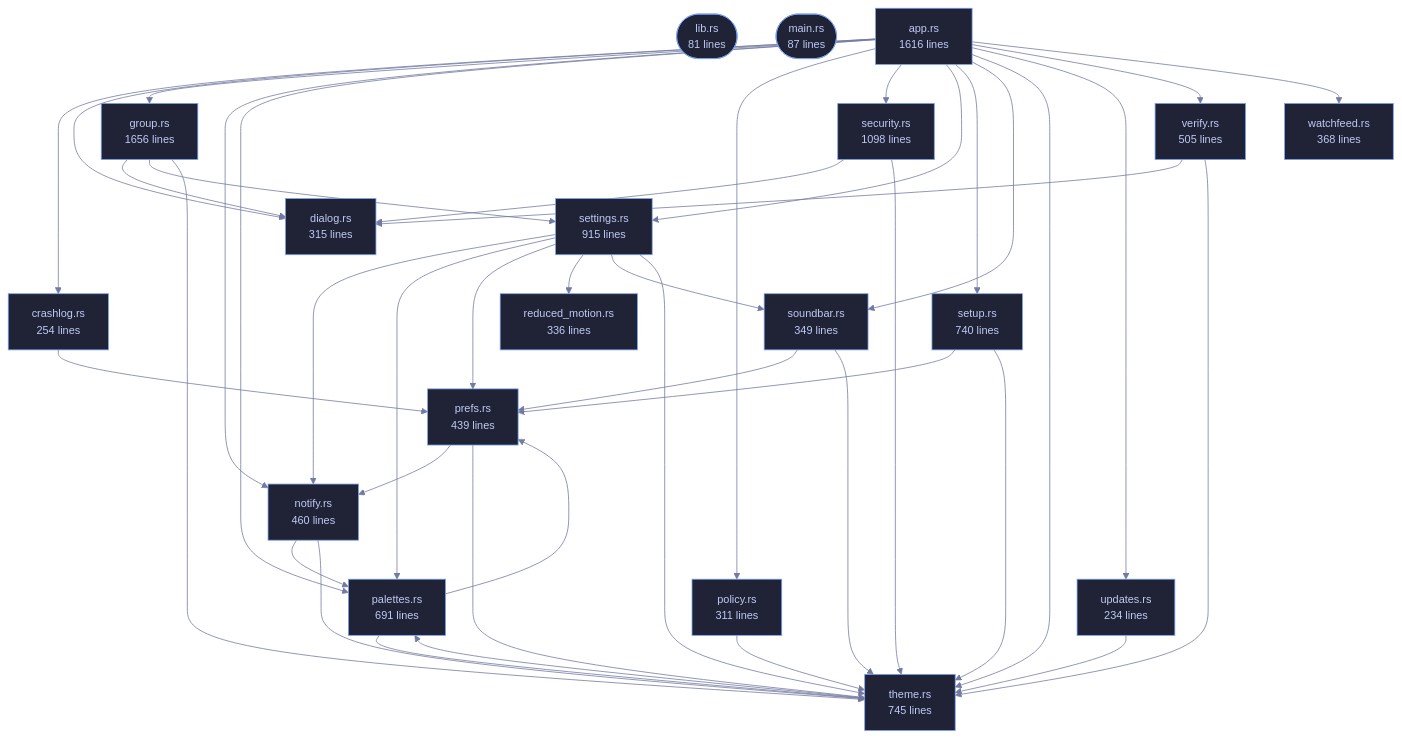
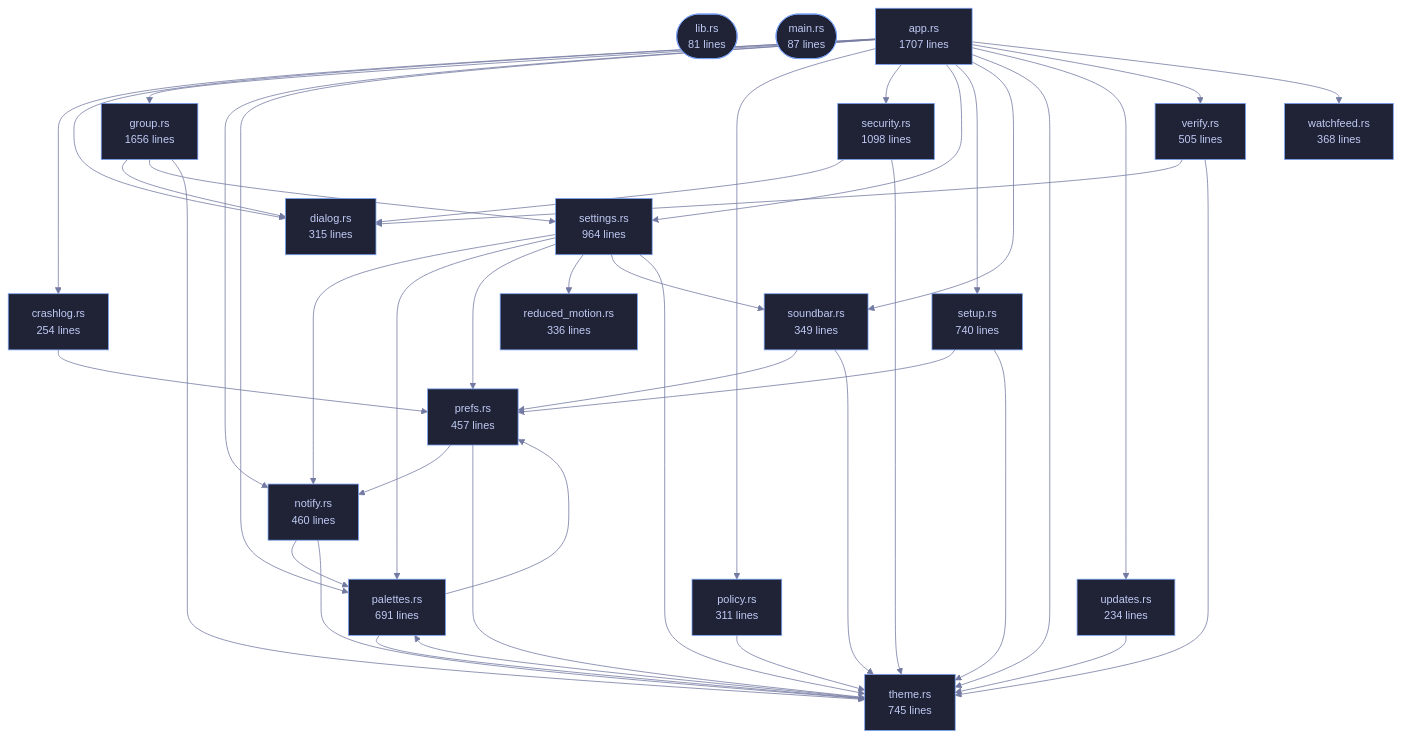
Before and after one commit to tilas01/veilvoice: the diagram in crates/veilvoice-gui/README.md, drawn with Mermaid. The commit also changed other lines of this file and 69 other files, not shown here.

```diff
--- a/crates/veilvoice-gui/README.md
+++ b/crates/veilvoice-gui/README.md
@@ -96,17 +96,17 @@
 flowchart TD
     n_lib(["lib.rs<br/>81 lines"])
     n_main(["main.rs<br/>87 lines"])
-    n_app["app.rs<br/>1616 lines"]
+    n_app["app.rs<br/>1707 lines"]
     n_crashlog["crashlog.rs<br/>254 lines"]
     n_dialog["dialog.rs<br/>315 lines"]
     n_group["group.rs<br/>1656 lines"]
     n_notify["notify.rs<br/>460 lines"]
     n_palettes["palettes.rs<br/>691 lines"]
     n_policy["policy.rs<br/>311 lines"]
-    n_prefs["prefs.rs<br/>439 lines"]
+    n_prefs["prefs.rs<br/>457 lines"]
     n_reduced_motion["reduced_motion.rs<br/>336 lines"]
     n_security["security.rs<br/>1098 lines"]
-    n_settings["settings.rs<br/>915 lines"]
+    n_settings["settings.rs<br/>964 lines"]
     n_setup["setup.rs<br/>740 lines"]
     n_soundbar["soundbar.rs<br/>349 lines"]
     n_theme["theme.rs<br/>745 lines"]
```
